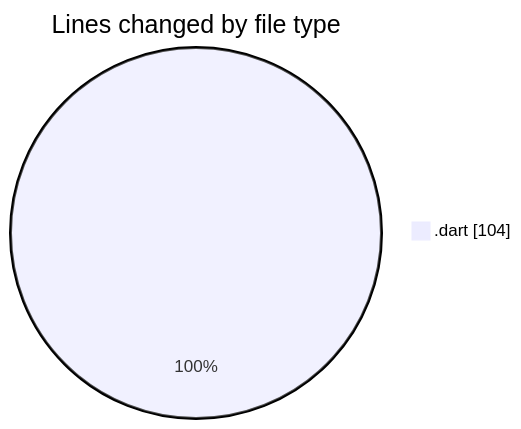
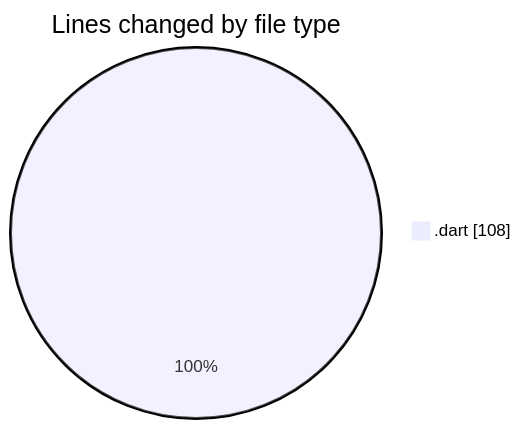
One commit to lephambinh05/code-tracking changed the first of 2 diagrams in 2025-08-05/studybuddy/README.md. Above: the diagram before and after it, drawn with Mermaid. The commit also changed other lines of this file and 1 other file, not shown here.

````diff
--- a/2025-08-05/studybuddy/README.md
+++ b/2025-08-05/studybuddy/README.md
@@ -22,5 +22,5 @@
 ```mermaid
 pie showData
 title Lines changed by file type
-".dart" : 104
+".dart" : 108
 ```
````
